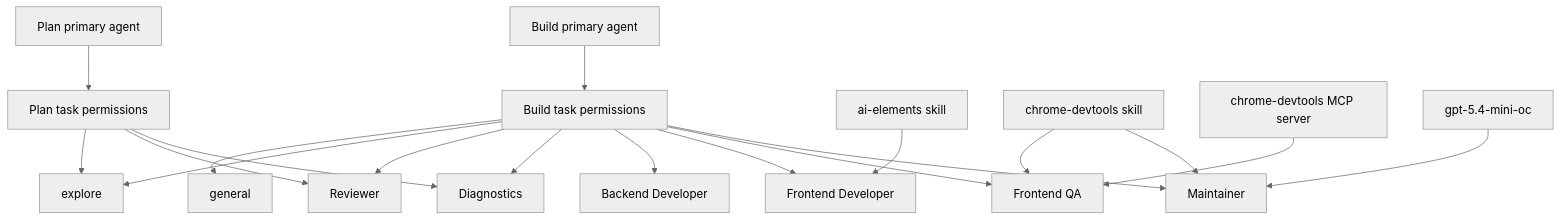
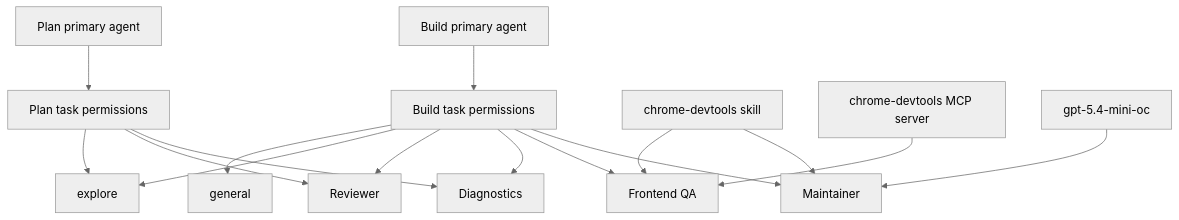
One commit to AKahouli/Pyodide changed the diagram in docs/opencode-agents/README.md. Above: the diagram before and after it, drawn with Mermaid (neutral theme). The commit also changed other lines of this file and 30 other files, not shown here.

Commit message:
refactor: remove backend and frontend developer roles from agents configuration and introduce new system modules, documentation, and technical annexes

````diff
--- a/docs/opencode-agents/README.md
+++ b/docs/opencode-agents/README.md
@@ -29,21 +27,18 @@
 ```mermaid
 flowchart TD
     A[Build primary agent] --> B[Build task permissions]
     B --> C[general]
     B --> D[explore]
     B --> E[Reviewer]
     B --> F[Diagnostics]
-    B --> G[Backend Developer]
-    B --> H[Frontend Developer]
-    B --> I[Frontend QA]
-    B --> J[Maintainer]
+    B --> G[Frontend QA]
+    B --> H[Maintainer]
     P[Plan primary agent] --> Q[Plan task permissions]
     Q --> D
     Q --> E
     Q --> F
-    R[ai-elements skill] --> H
-    S[chrome-devtools skill] --> I
-    S --> J
-    T[chrome-devtools MCP server] --> I
-    U[gpt-5.4-mini-oc] --> J
+    R[chrome-devtools skill] --> G
+    R --> H
+    S[chrome-devtools MCP server] --> G
+    T[gpt-5.4-mini-oc] --> H
 ```
````
